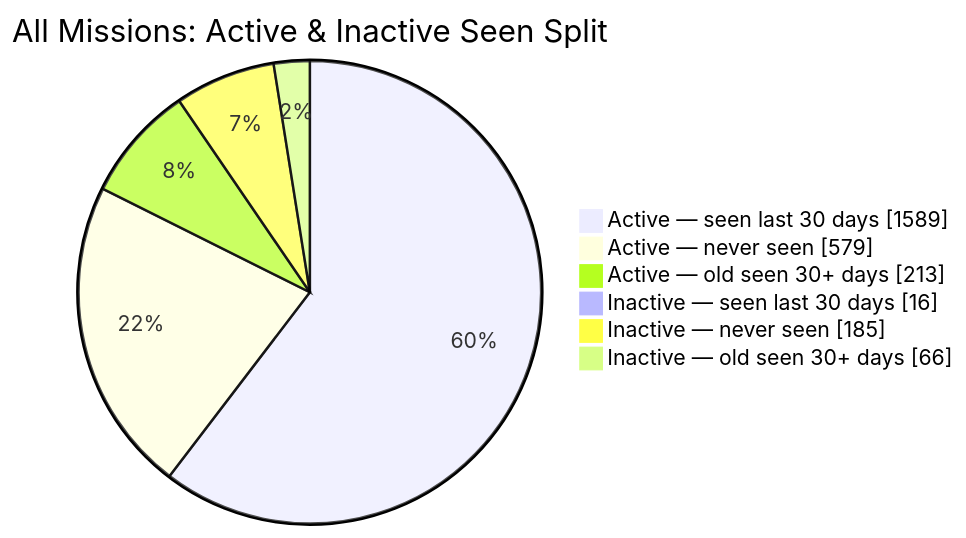
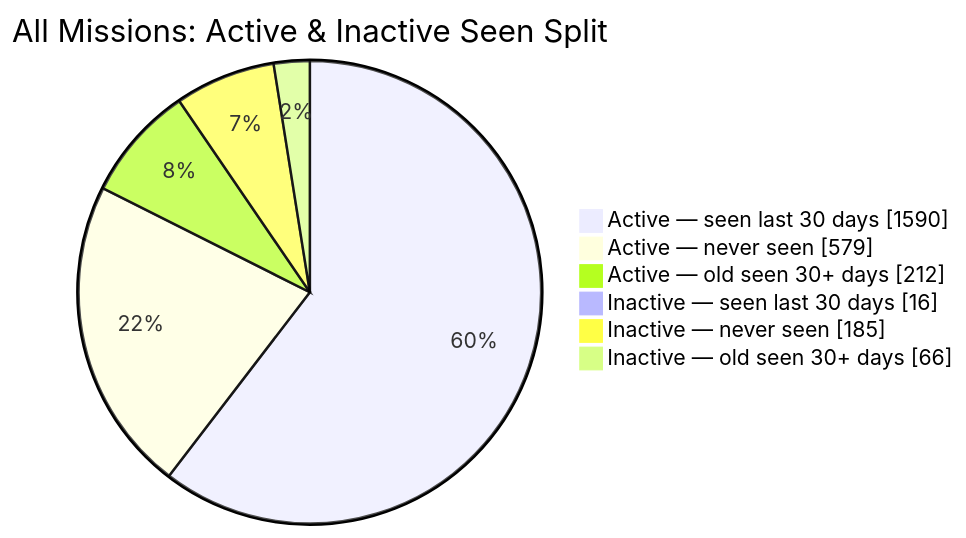
Before and after one commit to MeldkamerspelGameTeam/active-missions: the second of 2 diagrams in README.md, drawn with Mermaid. The commit also changed other lines of this file and 2 other files, not shown here.

````diff
--- a/README.md
+++ b/README.md
@@ -44,10 +44,10 @@
 ```mermaid
 pie showData
     title All Missions: Active & Inactive Seen Split
-    "Active — seen last 30 days" : 1589
+    "Active — seen last 30 days" : 1590
     "Active — never seen" : 579
-    "Active — old seen 30+ days" : 213
+    "Active — old seen 30+ days" : 212
     "Inactive — seen last 30 days" : 16
     "Inactive — never seen" : 185
     "Inactive — old seen 30+ days" : 66
 ```
````
